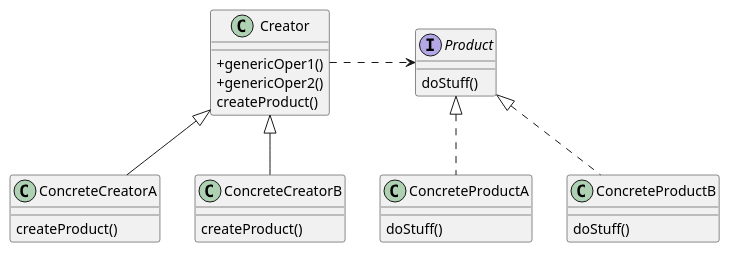
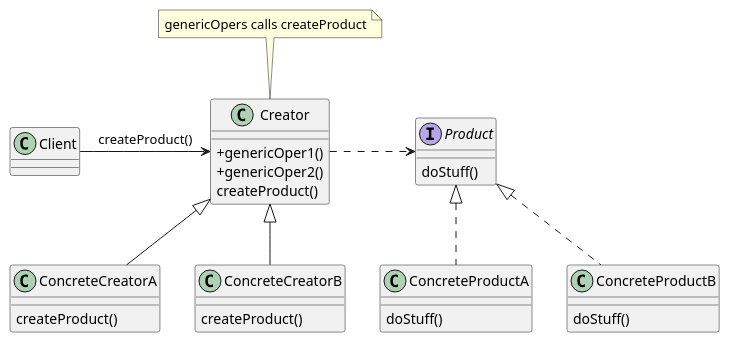
The diagram in patterns/factory_method.puml (isel-leirt-mds/mds-leirt-2026), drawn with PlantUML before and after one commit. The commit also changed 21 other files, not shown here.

```diff
--- a/patterns/factory_method.puml
+++ b/patterns/factory_method.puml
@@ -1,36 +1,45 @@
 @startuml
 'https://plantuml.com/class-diagram
 skinparam classAttributeIconSize 0
 
 class Creator {
     +genericOper1()
     +genericOper2()
     createProduct()
 }
+note top of Creator
+    genericOpers calls createProduct
+end note
+
 
 interface Product {
     doStuff()
 }
 
 class ConcreteProductA {
     doStuff()
 }
 
 class ConcreteProductB {
     doStuff()
 }
+
+
 Product <|.. ConcreteProductA
 Product <|.. ConcreteProductB
 
 Creator .> Product
 class ConcreteCreatorA {
    createProduct()
 }
 
 class ConcreteCreatorB {
    createProduct()
 }
 
 Creator <|-- ConcreteCreatorA
 Creator <|-- ConcreteCreatorB
+Client -> Creator : createProduct()
+
+
 @enduml
```
